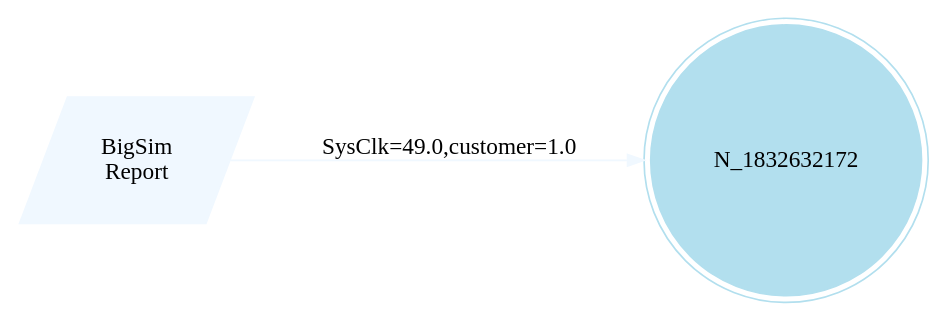
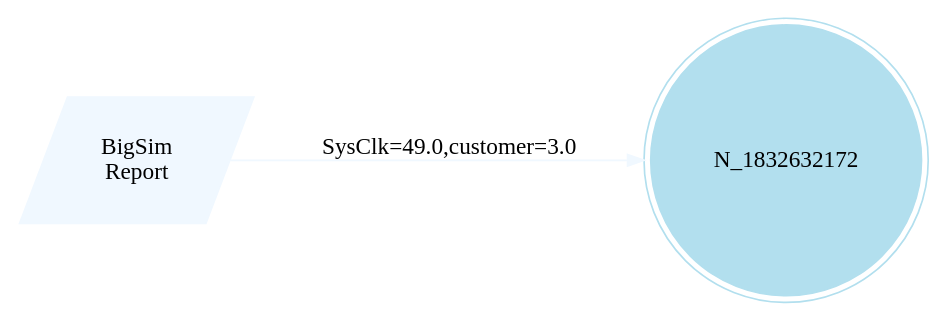
Before and after one commit to PKUVicky/BigSim: the diagram in Examples/MobileCloud/results/checker.dot, drawn with Graphviz. The commit also changed 3 other files, not shown here.

```diff
--- a/Examples/MobileCloud/results/checker.dot
+++ b/Examples/MobileCloud/results/checker.dot
@@ -1,10 +1,10 @@
 digraph reaction_graph {
    rankdir=LR;
    Node [shape = circle];
    BigSim_Report [shape = parallelogram color = aliceblue style=filled label="BigSim
 Report"];
-BigSim_Report -> N_1832632172[color = aliceblue label = "SysClk=49.0,customer=1.0"];
+BigSim_Report -> N_1832632172[color = aliceblue label = "SysClk=49.0,customer=3.0"];
  N_1832632172
  [shape=circle, color=lightblue2, style=filled];
 N_1832632172[ shape = doublecircle, color=lightblue2, style=filled, label="N_1832632172"];
 }
```
